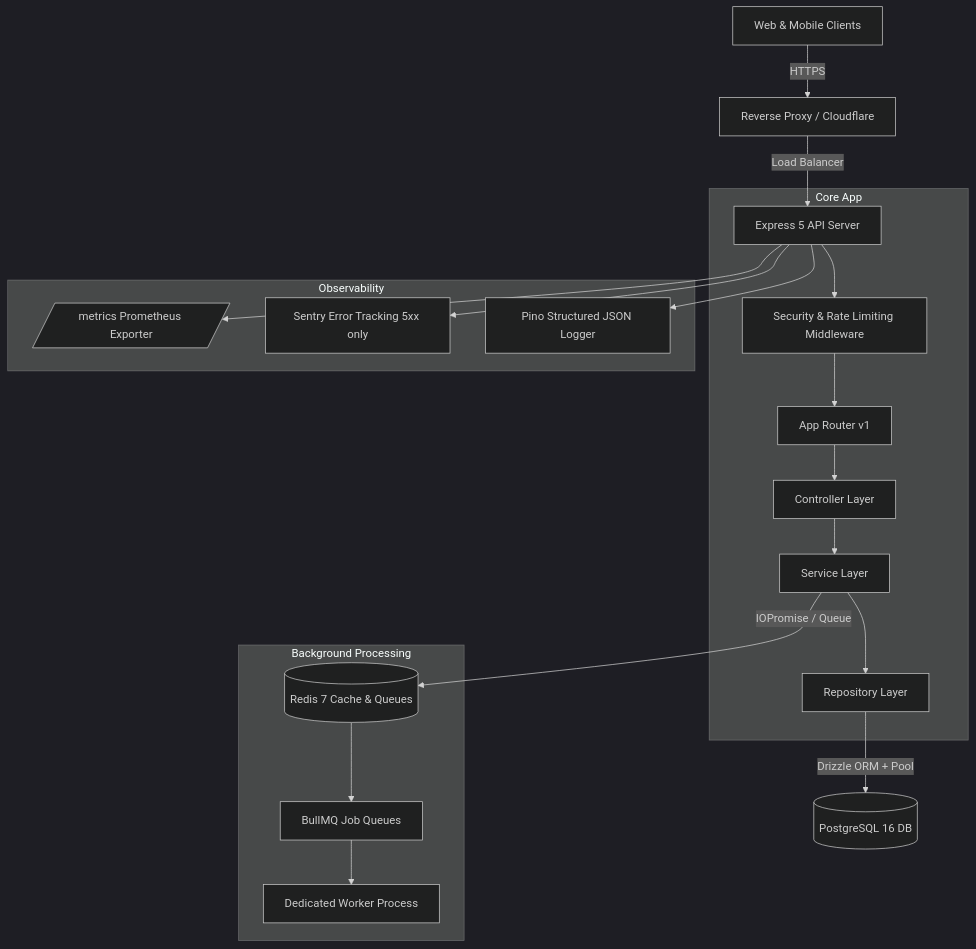
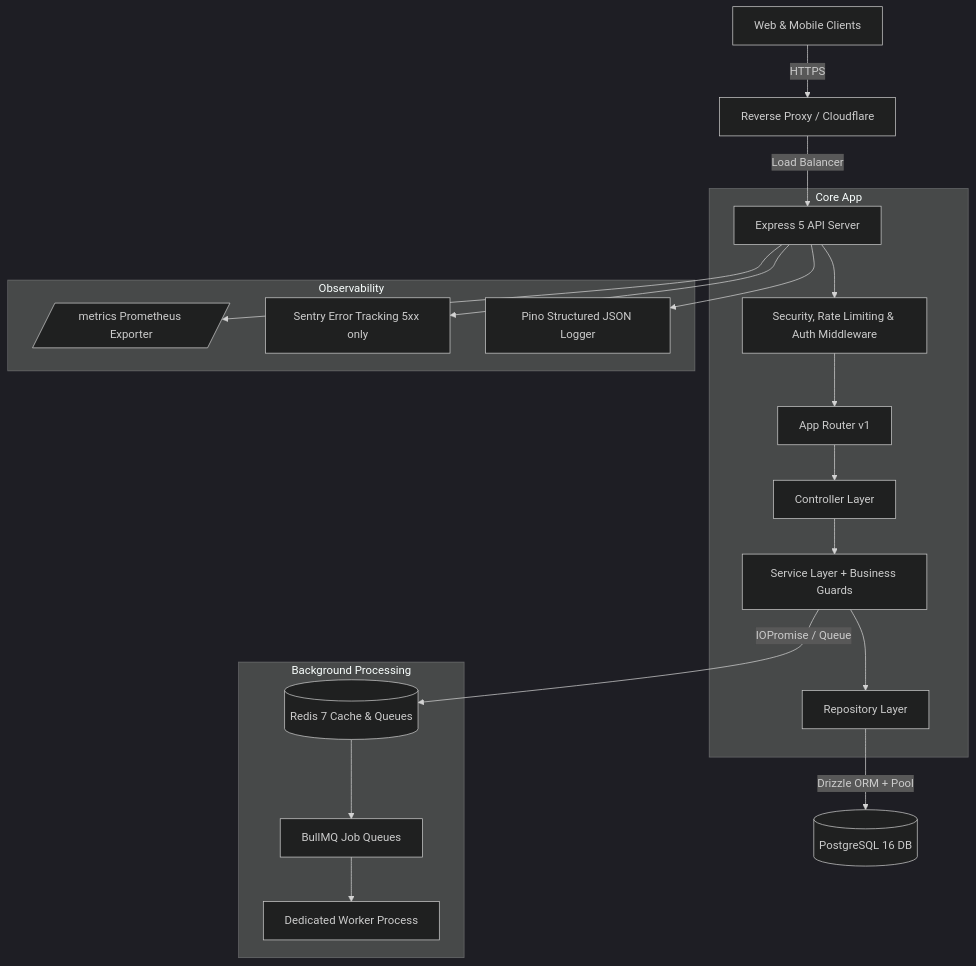
The diagram in README.md (BeLievEr031/learning-matters-server), drawn with Mermaid (dark theme) before and after one commit. The commit also changed other lines of this file, not shown here.

````diff
--- a/README.md
+++ b/README.md
@@ -36,27 +42,27 @@
 ```mermaid
 graph TD
     Client[Web & Mobile Clients] -->|HTTPS| Proxy[Reverse Proxy / Cloudflare]
     Proxy -->|Load Balancer| App[Express 5 API Server]
 
     subgraph Core App
-        App --> Mid[Security & Rate Limiting Middleware]
+        App --> Mid[Security, Rate Limiting & Auth Middleware]
         Mid --> Router[App Router v1]
         Router --> Controller[Controller Layer]
-        Controller --> Service[Service Layer]
+        Controller --> Service[Service Layer + Business Guards]
         Service --> Repo[Repository Layer]
     end
 
     Repo -->|Drizzle ORM + Pool| Postgres[(PostgreSQL 16 DB)]
     Service -->|IOPromise / Queue| Redis[(Redis 7 Cache & Queues)]
 
     subgraph Background Processing
         Redis --> BullMQ[BullMQ Job Queues]
         BullMQ --> Worker[Dedicated Worker Process]
     end
 
     subgraph Observability
         App --> Prom[/metrics Prometheus Exporter/]
         App --> Sentry[Sentry Error Tracking 5xx only]
         App --> Pino[Pino Structured JSON Logger]
     end
 ```
````
